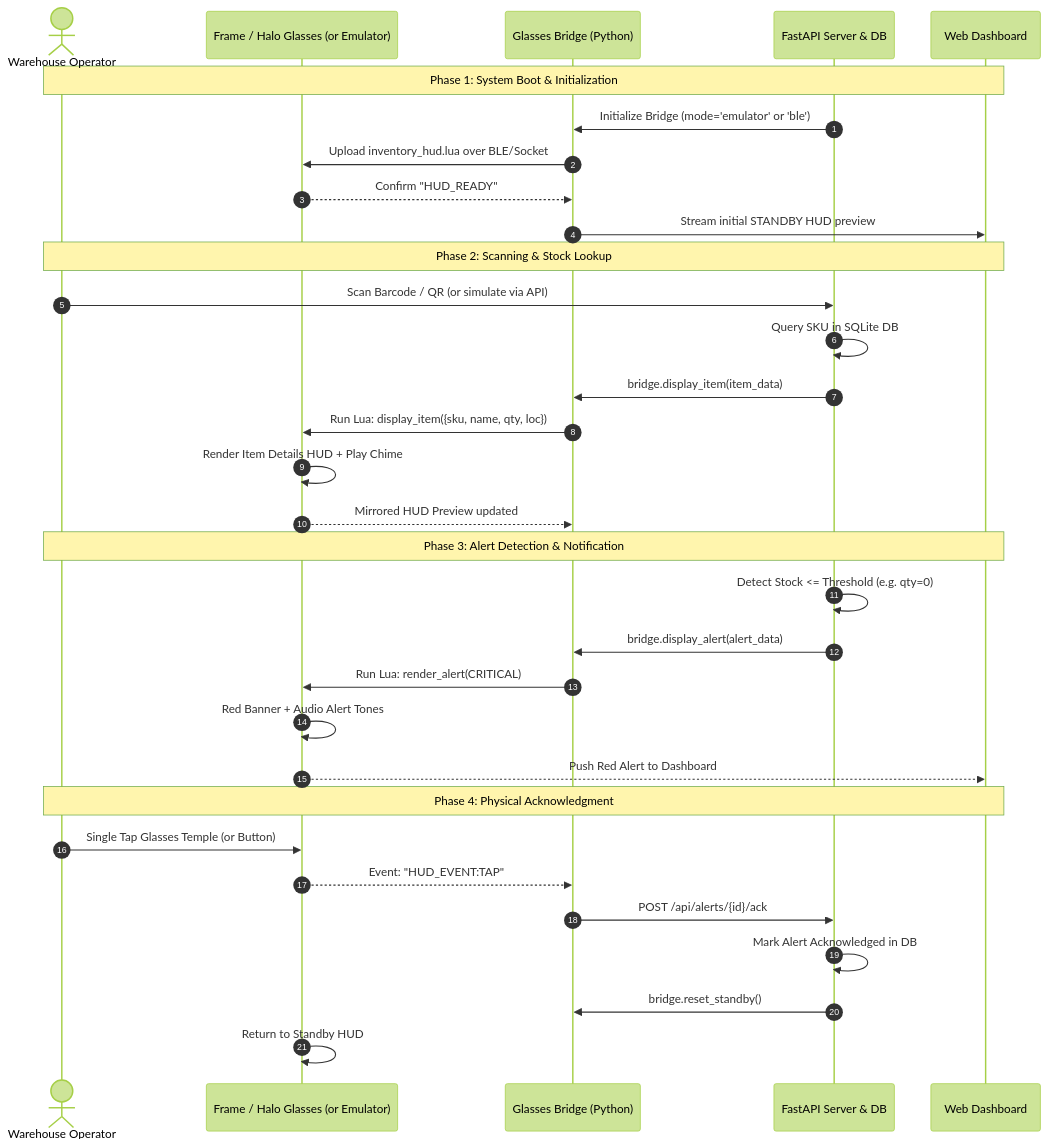
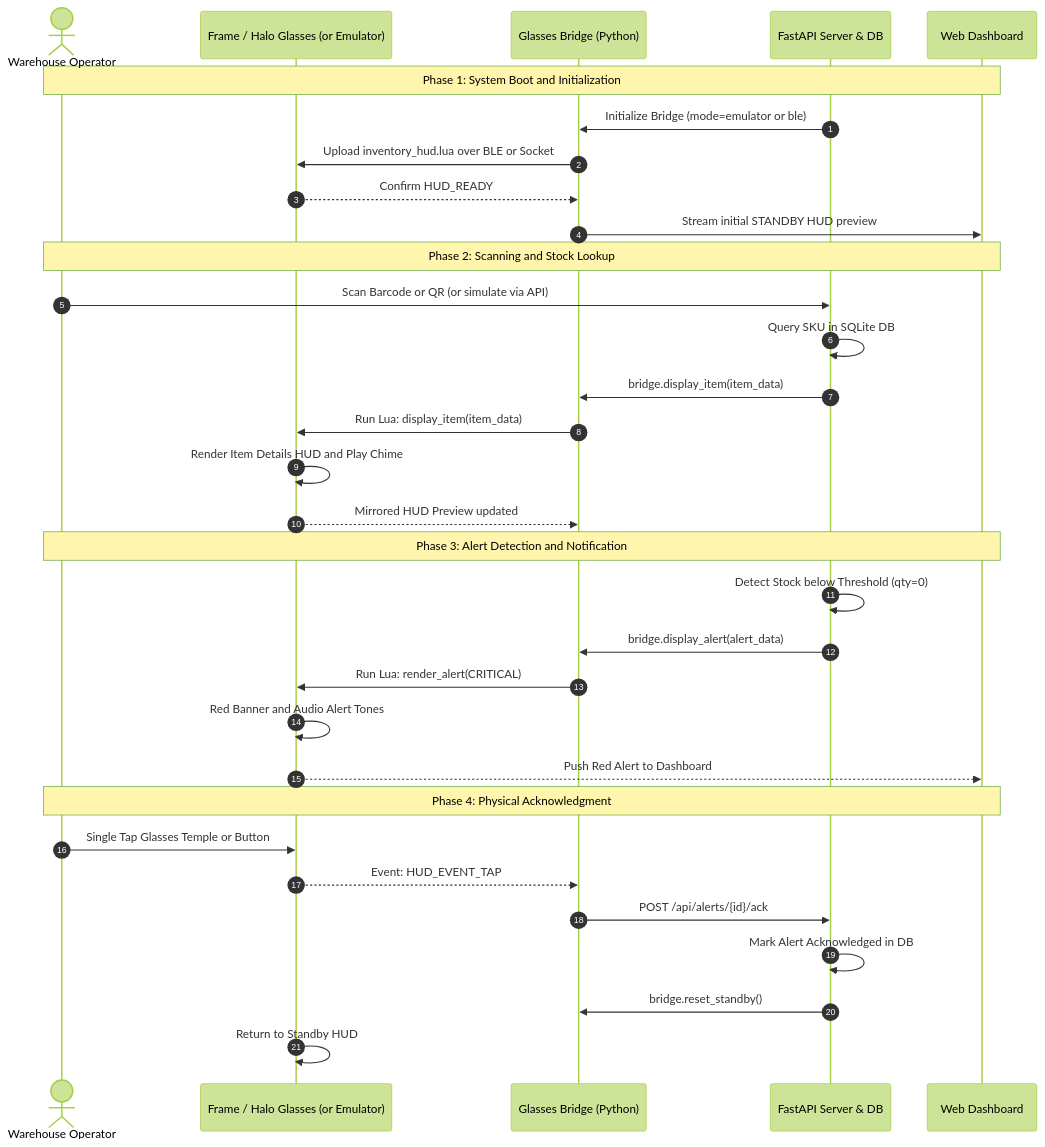
One commit to KalpitRathod/brilliant-labs-frame-halo-development changed the second of 2 diagrams in HARDWARE_FIRMWARE_PROJECT_GUIDE.md. Above: the diagram before and after it, drawn with Mermaid (forest theme). The commit also changed other lines of this file, not shown here.

Commit message:
fix(docs): fix Mermaid diagram syntax errors and quote edge labels

````diff
--- a/HARDWARE_FIRMWARE_PROJECT_GUIDE.md
+++ b/HARDWARE_FIRMWARE_PROJECT_GUIDE.md
@@ -214,38 +214,38 @@
 ```mermaid
 sequenceDiagram
     autonumber
     actor Operator as Warehouse Operator
     participant Glasses as Frame / Halo Glasses (or Emulator)
     participant Bridge as Glasses Bridge (Python)
     participant Server as FastAPI Server & DB
     participant Dash as Web Dashboard
 
-    Note over Operator,Dash: Phase 1: System Boot & Initialization
-    Server->>Bridge: Initialize Bridge (mode='emulator' or 'ble')
-    Bridge->>Glasses: Upload inventory_hud.lua over BLE/Socket
-    Glasses-->>Bridge: Confirm "HUD_READY"
+    Note over Operator,Dash: Phase 1: System Boot and Initialization
+    Server->>Bridge: Initialize Bridge (mode=emulator or ble)
+    Bridge->>Glasses: Upload inventory_hud.lua over BLE or Socket
+    Glasses-->>Bridge: Confirm HUD_READY
     Bridge->>Dash: Stream initial STANDBY HUD preview
 
-    Note over Operator,Dash: Phase 2: Scanning & Stock Lookup
-    Operator->>Server: Scan Barcode / QR (or simulate via API)
+    Note over Operator,Dash: Phase 2: Scanning and Stock Lookup
+    Operator->>Server: Scan Barcode or QR (or simulate via API)
     Server->>Server: Query SKU in SQLite DB
     Server->>Bridge: bridge.display_item(item_data)
-    Bridge->>Glasses: Run Lua: display_item({sku, name, qty, loc})
-    Glasses->>Glasses: Render Item Details HUD + Play Chime
+    Bridge->>Glasses: Run Lua: display_item(item_data)
+    Glasses->>Glasses: Render Item Details HUD and Play Chime
     Glasses-->>Bridge: Mirrored HUD Preview updated
 
-    Note over Operator,Dash: Phase 3: Alert Detection & Notification
-    Server->>Server: Detect Stock <= Threshold (e.g. qty=0)
+    Note over Operator,Dash: Phase 3: Alert Detection and Notification
+    Server->>Server: Detect Stock below Threshold (qty=0)
     Server->>Bridge: bridge.display_alert(alert_data)
     Bridge->>Glasses: Run Lua: render_alert(CRITICAL)
-    Glasses->>Glasses: Red Banner + Audio Alert Tones
+    Glasses->>Glasses: Red Banner and Audio Alert Tones
     Glasses-->>Dash: Push Red Alert to Dashboard
 
     Note over Operator,Dash: Phase 4: Physical Acknowledgment
-    Operator->>Glasses: Single Tap Glasses Temple (or Button)
-    Glasses-->>Bridge: Event: "HUD_EVENT:TAP"
+    Operator->>Glasses: Single Tap Glasses Temple or Button
+    Glasses-->>Bridge: Event: HUD_EVENT_TAP
     Bridge->>Server: POST /api/alerts/{id}/ack
     Server->>Server: Mark Alert Acknowledged in DB
     Server->>Bridge: bridge.reset_standby()
     Glasses->>Glasses: Return to Standby HUD
 ```
````
